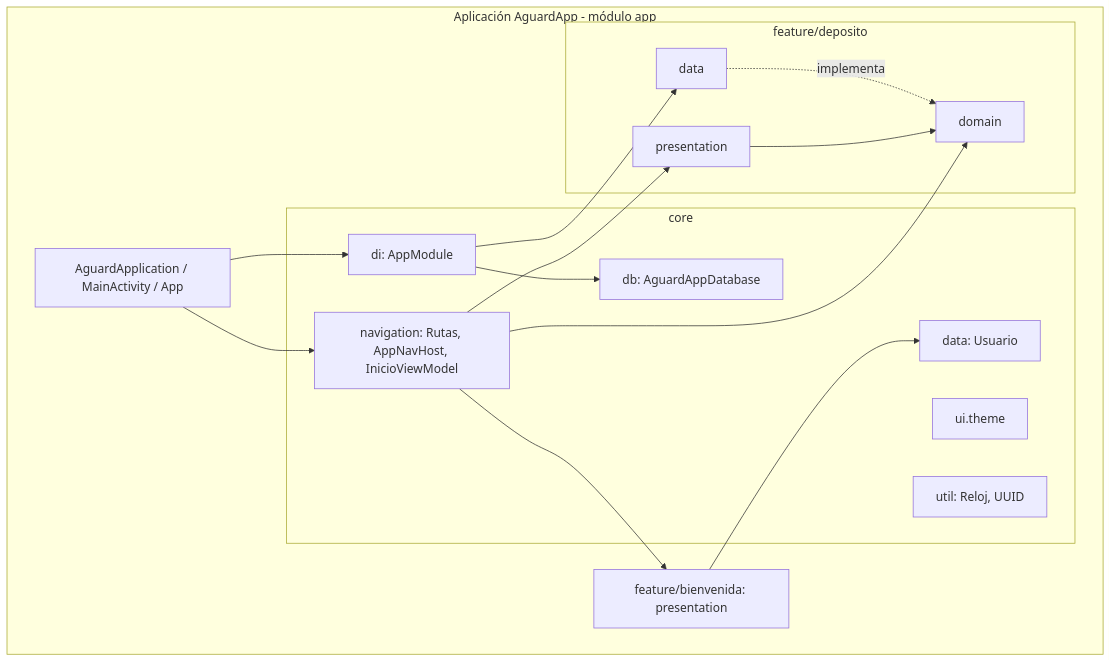
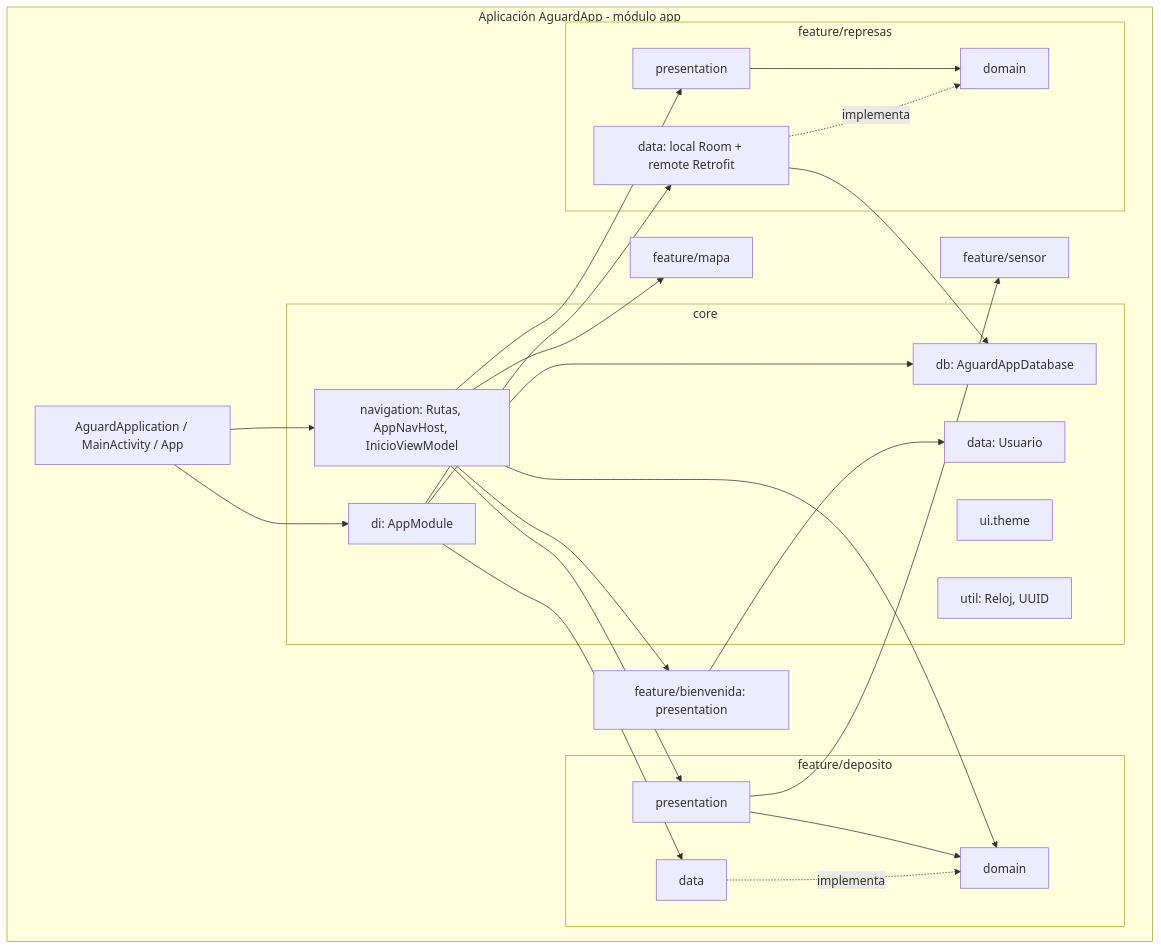
Before and after one commit to Cristhian465/Aguarda: the third of 26 diagrams in informes/FD04-SAD.md, drawn with Mermaid. The commit also changed other lines of this file and 36 other files, not shown here.

````diff
--- a/informes/FD04-SAD.md
+++ b/informes/FD04-SAD.md
@@ -145,31 +167,45 @@
 ```mermaid
 flowchart TB
   subgraph APP[Aplicación AguardApp - módulo app]
     MAIN[AguardApplication / MainActivity / App]
     subgraph CORE[core]
       NAV[navigation: Rutas, AppNavHost, InicioViewModel]
       DI[di: AppModule]
       DB[db: AguardAppDatabase]
       DATA[data: Usuario]
       THEME[ui.theme]
       UTIL[util: Reloj, UUID]
     end
     BIEN[feature/bienvenida: presentation]
     subgraph DEP[feature/deposito]
       PRES[presentation]
       DOM[domain]
       DAT[data]
     end
+    subgraph REP[feature/represas]
+      RPRES[presentation]
+      RDOM[domain]
+      RDAT[data: local Room + remote Retrofit]
+    end
+    MAPA[feature/mapa]
+    SENSOR[feature/sensor]
 
     MAIN --> NAV
     MAIN --> DI
     NAV --> BIEN
     NAV --> PRES
     NAV --> DOM
+    NAV --> RPRES
+    NAV --> MAPA
     PRES --> DOM
+    PRES --> SENSOR
     DAT -. implementa .-> DOM
+    RPRES --> RDOM
+    RDAT -. implementa .-> RDOM
     DI --> DB
     DI --> DAT
+    DI --> RDAT
+    RDAT --> DB
     BIEN --> DATA
   end
 ```
````
